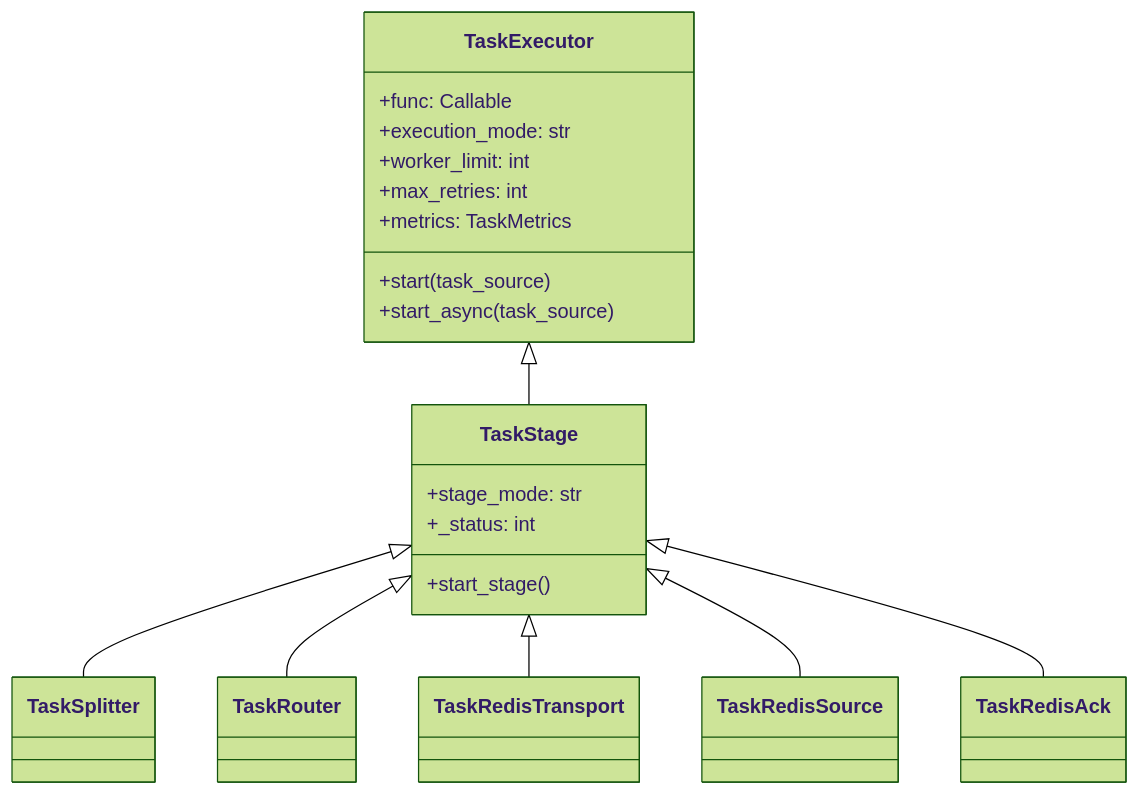
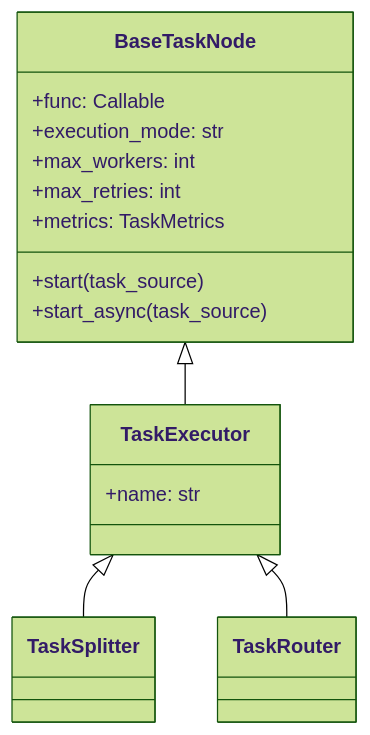
Before and after one commit to Mr-xiaotian/CelestialFlow: the second of 9 diagrams in docs/en/presentation.md, drawn with Mermaid (forest theme). The commit also changed other lines of this file and 181 other files, not shown here.

````diff
--- a/docs/en/presentation.md
+++ b/docs/en/presentation.md
@@ -140,25 +139,19 @@
 ```mermaid
 classDiagram
-    TaskExecutor <|-- TaskStage
-    TaskStage <|-- TaskSplitter
-    TaskStage <|-- TaskRouter
-    TaskStage <|-- TaskRedisTransport
-    TaskStage <|-- TaskRedisSource
-    TaskStage <|-- TaskRedisAck
-
-    class TaskExecutor {
+    BaseTaskNode <|-- TaskExecutor
+    TaskExecutor <|-- TaskSplitter
+    TaskExecutor <|-- TaskRouter
+    class BaseTaskNode {
         +func: Callable
         +execution_mode: str
-        +worker_limit: int
+        +max_workers: int
         +max_retries: int
         +metrics: TaskMetrics
         +start(task_source)
         +start_async(task_source)
     }
 
-    class TaskStage {
-        +stage_mode: str
-        +_status: int
-        +start_stage()
+    class TaskExecutor {
+        +name: str
     }
 ```
````
